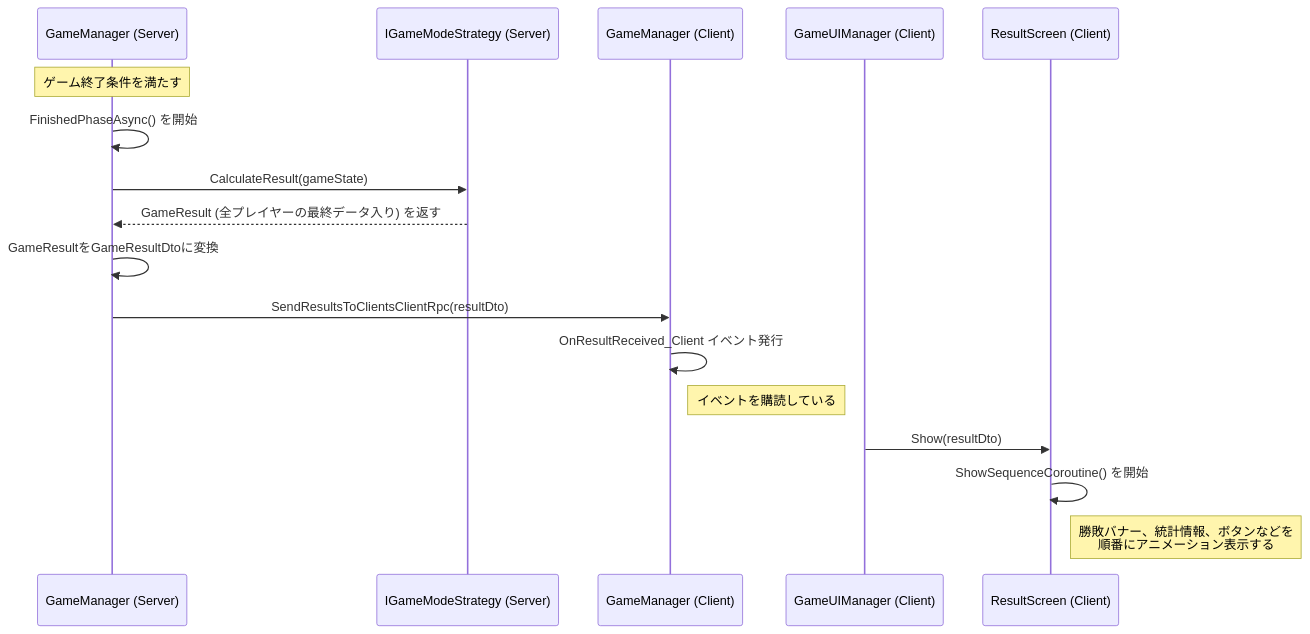
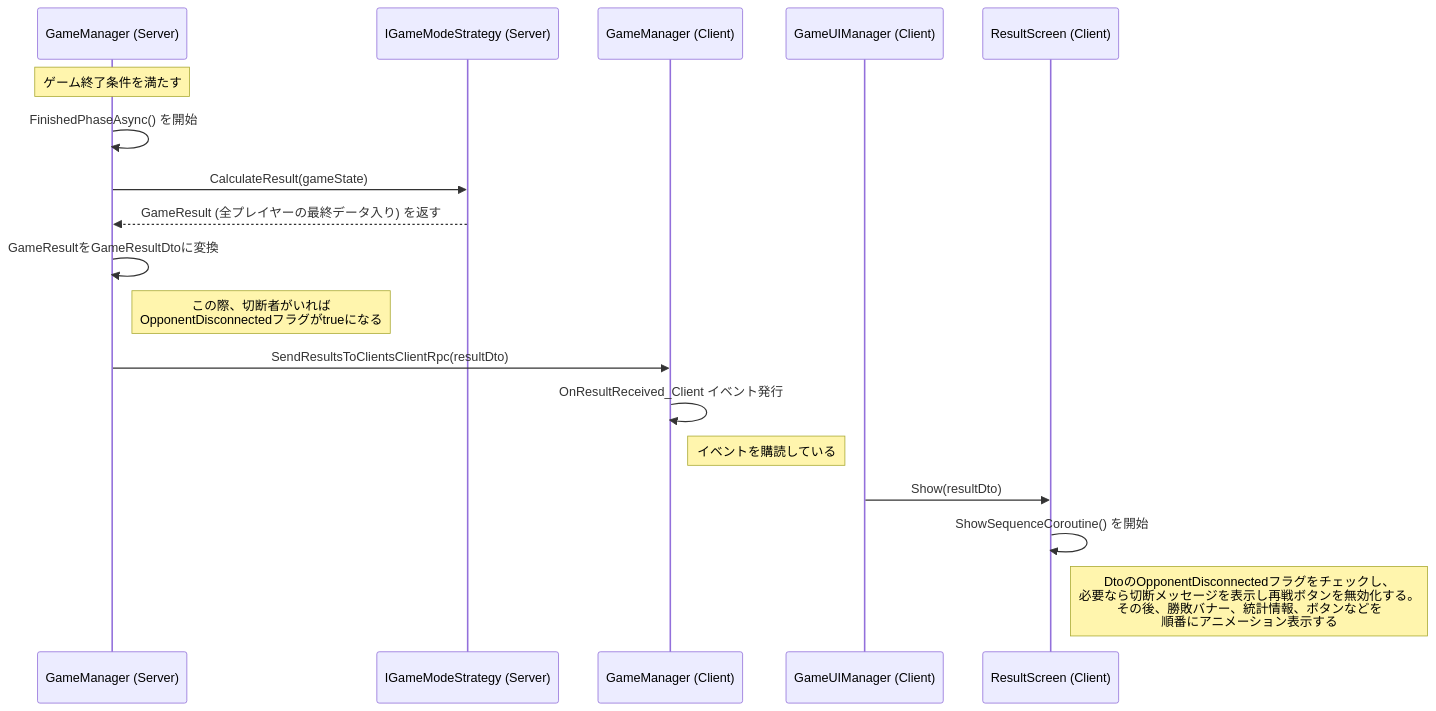
The fourth of 4 diagrams in Assets/_Project/Data-Flow.md (C4P3/TypingSurvivor), drawn with Mermaid before and after one commit. The commit also changed 2 other files, not shown here.

Commit message:
ドキュメント更新

````diff
--- a/Assets/_Project/Data-Flow.md
+++ b/Assets/_Project/Data-Flow.md
@@ -97,24 +97,25 @@
 ```mermaid
 sequenceDiagram
     participant S_GameManager as GameManager (Server)
     participant S_Strategy as IGameModeStrategy (Server)
     participant C_GameManager as GameManager (Client)
     participant C_UIManager as GameUIManager (Client)
     participant C_ResultScreen as ResultScreen (Client)
 
     Note over S_GameManager: ゲーム終了条件を満たす
     S_GameManager->>S_GameManager: FinishedPhaseAsync() を開始
     S_GameManager->>S_Strategy: CalculateResult(gameState)
     S_Strategy-->>S_GameManager: GameResult (全プレイヤーの最終データ入り) を返す
 
     S_GameManager->>S_GameManager: GameResultをGameResultDtoに変換
+    note right of S_GameManager: この際、切断者がいれば<br>OpponentDisconnectedフラグがtrueになる
     S_GameManager->>C_GameManager: SendResultsToClientsClientRpc(resultDto)
 
     C_GameManager->>C_GameManager: OnResultReceived_Client イベント発行
     
     Note left of C_UIManager: イベントを購読している
     C_UIManager->>C_ResultScreen: Show(resultDto)
 
     C_ResultScreen->>C_ResultScreen: ShowSequenceCoroutine() を開始
-    Note right of C_ResultScreen: 勝敗バナー、統計情報、ボタンなどを<br>順番にアニメーション表示する
+    Note right of C_ResultScreen: DtoのOpponentDisconnectedフラグをチェックし、<br>必要なら切断メッセージを表示し再戦ボタンを無効化する。<br>その後、勝敗バナー、統計情報、ボタンなどを<br>順番にアニメーション表示する
 ```
````
